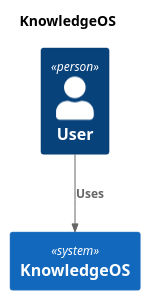
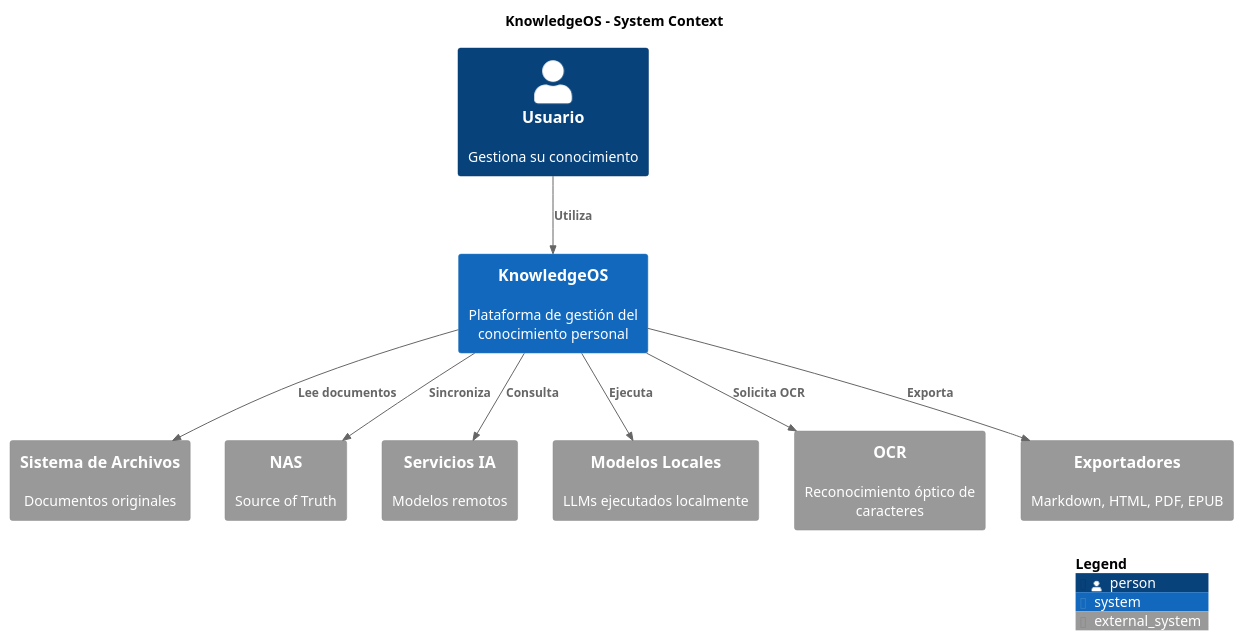
One commit to Sebailla/KnowledgeOS changed the diagram in V-1/00-Architecture/C4/diagrams/level1/Level1-SystemContext.puml. Above: the diagram before and after it, drawn with PlantUML. The commit also changed 25 other files, not shown here.

First line of the commit message:
feat(architecture): Add detailed documentation and diagrams for KnowledgeOS components

```diff
--- a/V-1/00-Architecture/C4/diagrams/level1/Level1-SystemContext.puml
+++ b/V-1/00-Architecture/C4/diagrams/level1/Level1-SystemContext.puml
@@ -1,13 +1,28 @@
 @startuml Level1_SystemContext
 
-!include ../../../../diagrams/_includes/C4_Context.puml
+!include ../../_includes/C4_Context.puml
 
-title KnowledgeOS
+title KnowledgeOS - System Context
 
-Person(user, "User")
+Person(user, "Usuario", "Gestiona su conocimiento")
 
-System(kos, "KnowledgeOS")
+System(kos, "KnowledgeOS", "Plataforma de gestión del conocimiento personal")
 
-Rel(user, kos, "Uses")
+System_Ext(fs, "Sistema de Archivos", "Documentos originales")
+System_Ext(nas, "NAS", "Source of Truth")
+System_Ext(ai, "Servicios IA", "Modelos remotos")
+System_Ext(local, "Modelos Locales", "LLMs ejecutados localmente")
+System_Ext(ocr, "OCR", "Reconocimiento óptico de caracteres")
+System_Ext(exporter, "Exportadores", "Markdown, HTML, PDF, EPUB")
+
+Rel(user, kos, "Utiliza")
+Rel(kos, fs, "Lee documentos")
+Rel(kos, nas, "Sincroniza")
+Rel(kos, ai, "Consulta")
+Rel(kos, local, "Ejecuta")
+Rel(kos, ocr, "Solicita OCR")
+Rel(kos, exporter, "Exporta")
+
+SHOW_LEGEND()
 
 @enduml
```
